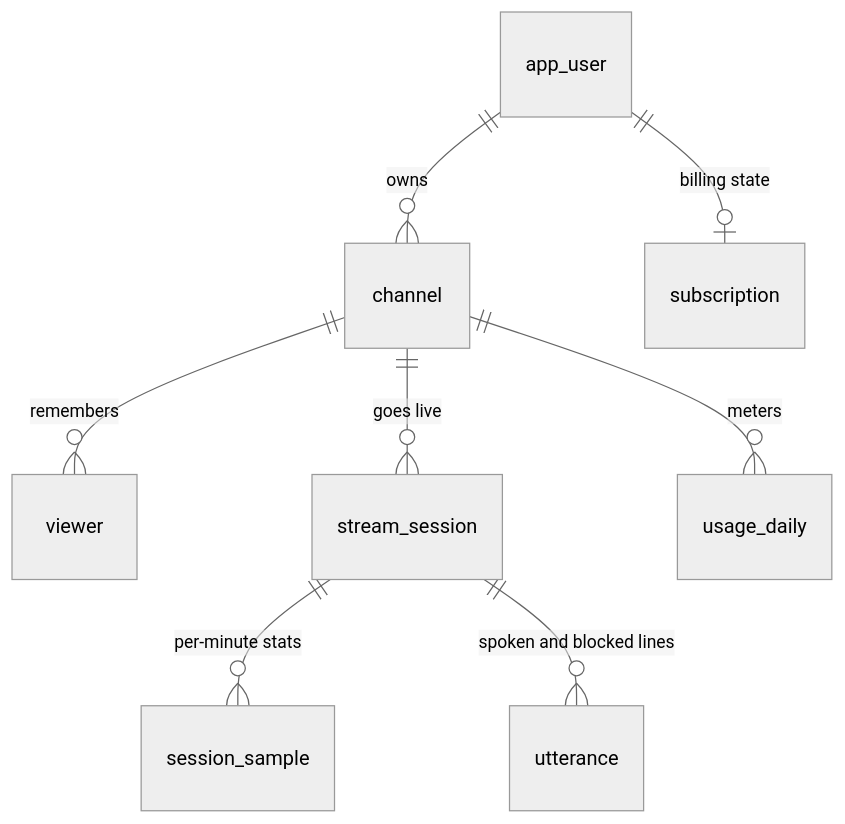
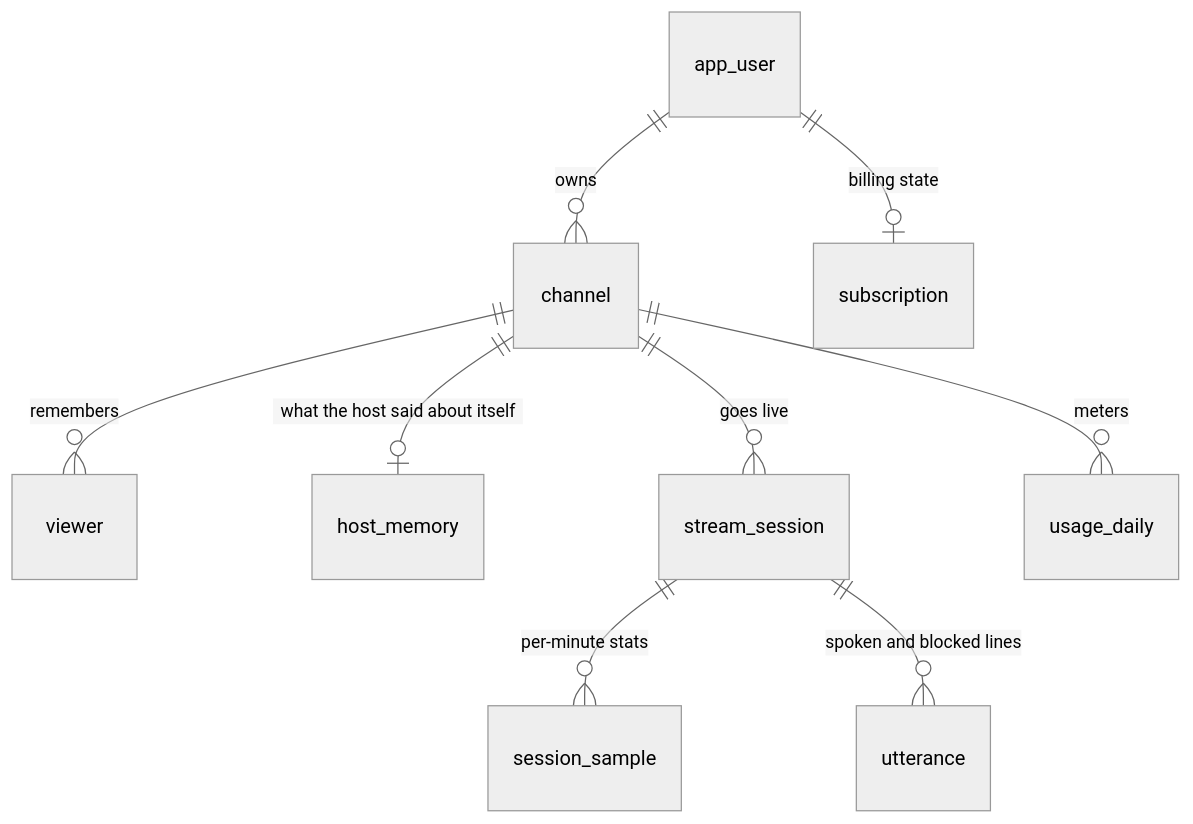
The sixth of 6 diagrams in docs/architecture/overview.md (mariajunqueiramirandas-cpu/tik-live), drawn with Mermaid (neutral theme) before and after one commit. The commit also changed 20 other files, not shown here.

First line of the commit message:
Host memory: keyed viewer facts, host self-facts, a recap that survives folding

````diff
--- a/docs/architecture/overview.md
+++ b/docs/architecture/overview.md
@@ -203,10 +203,11 @@
 ```mermaid
 erDiagram
   app_user ||--o{ channel : owns
   app_user ||--o| subscription : "billing state"
   channel ||--o{ viewer : remembers
+  channel ||--o| host_memory : "what the host said about itself"
   channel ||--o{ stream_session : "goes live"
   stream_session ||--o{ session_sample : "per-minute stats"
   stream_session ||--o{ utterance : "spoken and blocked lines"
   channel ||--o{ usage_daily : meters
 ```
````
